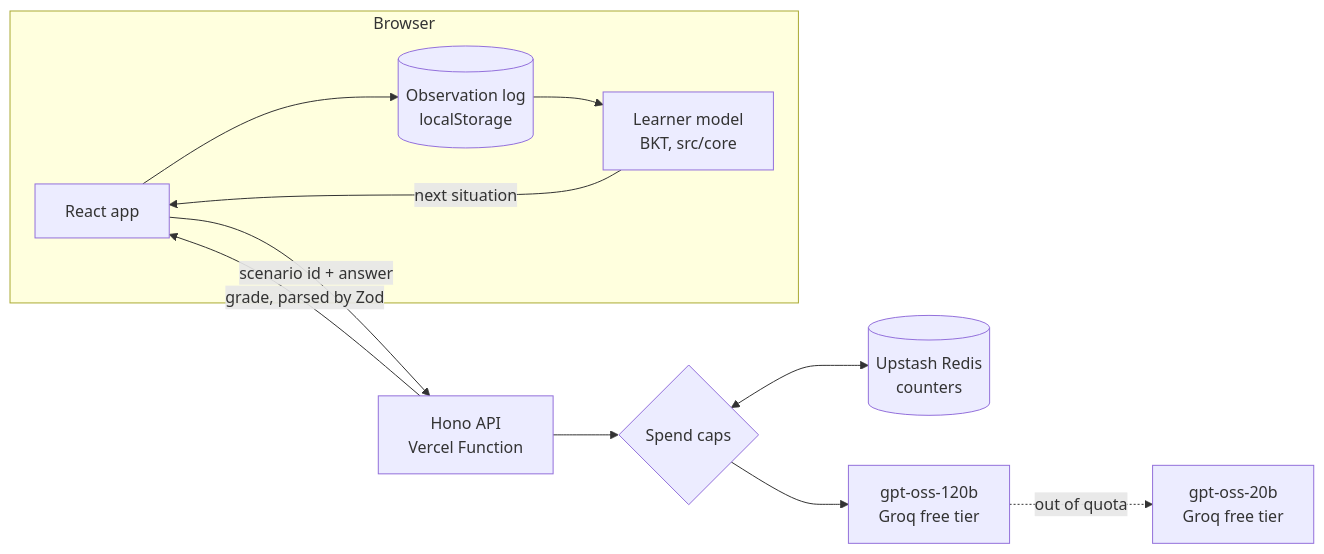
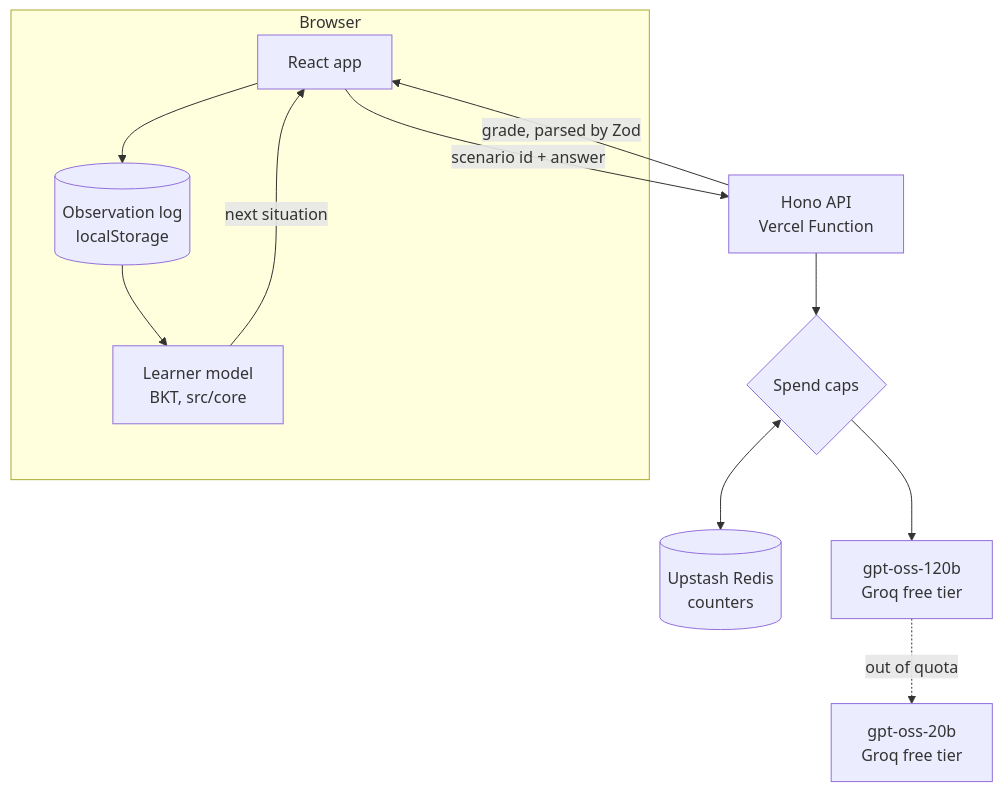
The diagram in README.md (KyzarKy/fluent-prior), drawn with Mermaid before and after one commit.

Commit message:
Draw the architecture diagram top to bottom
What: the Mermaid flowchart runs top-down instead of left to right.

Why: left to right, GitHub scaled it down until the labels were hard to
read, and the backup grader's box sat under the zoom controls.

Verify: view README.md on the branch on GitHub.

Interview Qs:
Q: Why not export a PNG at a fixed size instead?
A: Then the diagram and the text drift apart; Mermaid stays in the README.
Q: What decides the layout?
A: Mermaid's layout engine, from the direction and the edges. TD suits a
   request that flows from browser to server to model.
Q: How did you notice?
A: By viewing the rendered README, not the source.

````diff
--- a/README.md
+++ b/README.md
@@ -45,14 +45,14 @@
 ```mermaid
-flowchart LR
+flowchart TD
   subgraph Browser
     UI[React app] --> Log[(Observation log<br>localStorage)]
     Log --> Model[Learner model<br>BKT, src/core]
     Model -->|next situation| UI
   end
   UI -->|scenario id + answer| API[Hono API<br>Vercel Function]
   API --> Caps{Spend caps}
   Caps <--> Redis[(Upstash Redis<br>counters)]
   Caps --> G1[gpt-oss-120b<br>Groq free tier]
   G1 -.->|out of quota| G2[gpt-oss-20b<br>Groq free tier]
   API -->|grade, parsed by Zod| UI
 ```
````
